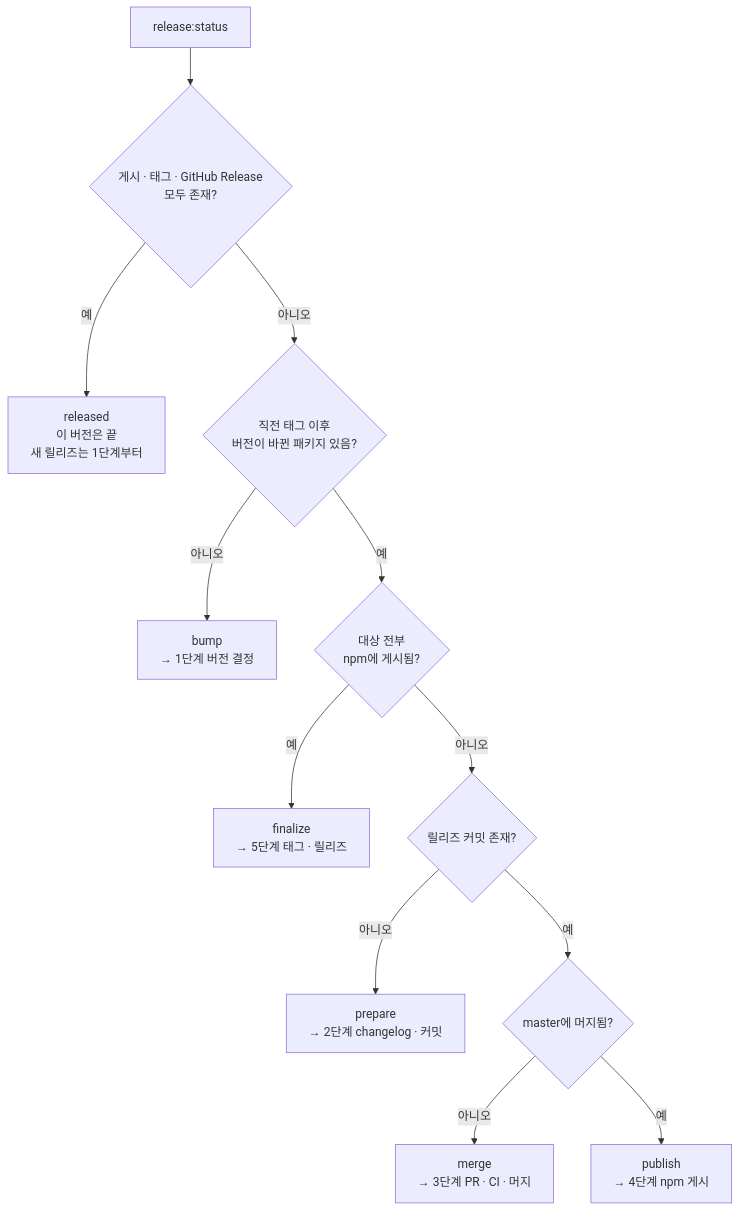
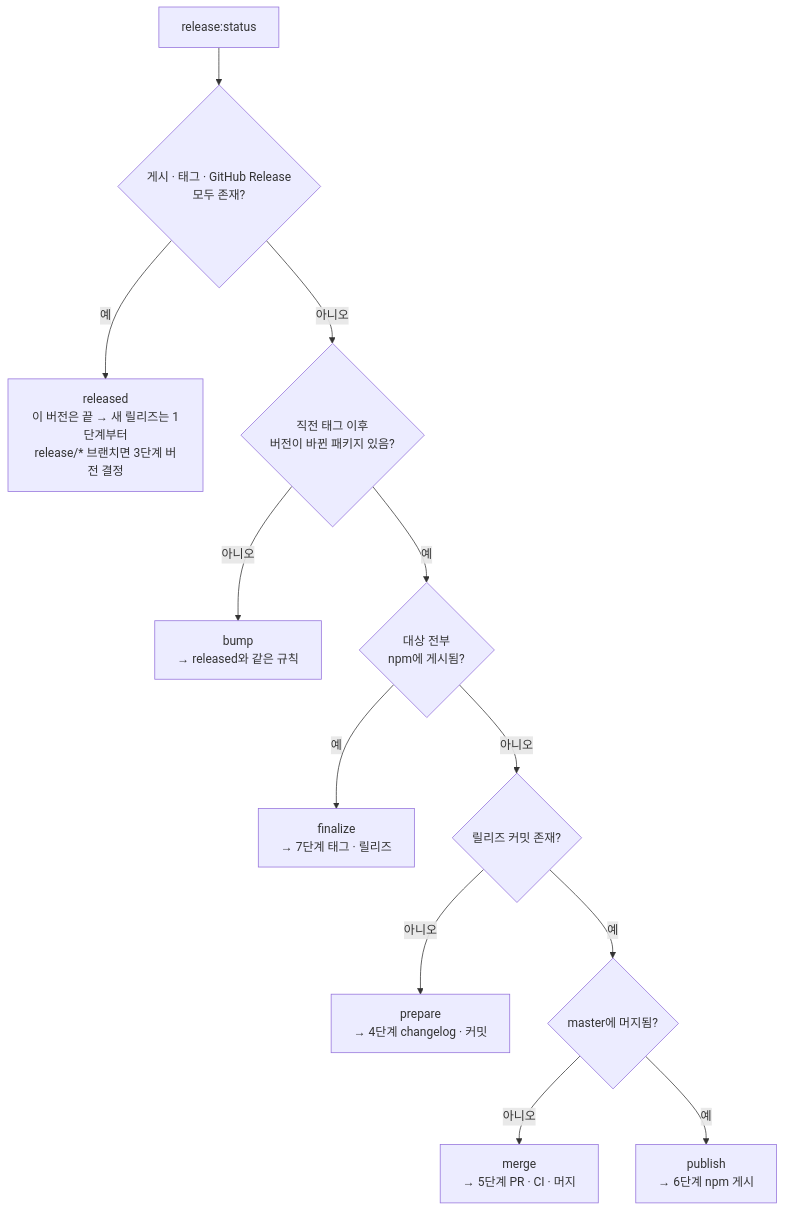
The second of 2 diagrams in dev-guide/PUBLISH_GUIDE.md (naver/egjs-flicking), drawn with Mermaid before and after one commit. The commit also changed other lines of this file and 3 other files, not shown here.

First line of the commit message:
fix(release): PR 취합을 버전 결정·prepare 앞으로 이동

````diff
--- a/dev-guide/PUBLISH_GUIDE.md
+++ b/dev-guide/PUBLISH_GUIDE.md
@@ -153,14 +165,14 @@
 ```mermaid
 flowchart TD
     ST["release:status"] --> A{"게시 · 태그 · GitHub Release<br/>모두 존재?"}
-    A -->|예| R1["released<br/>이 버전은 끝<br/>새 릴리즈는 1단계부터"]
+    A -->|예| R1["released<br/>이 버전은 끝 → 새 릴리즈는 1단계부터<br/>release/* 브랜치면 3단계 버전 결정"]
     A -->|아니오| B{"직전 태그 이후<br/>버전이 바뀐 패키지 있음?"}
-    B -->|아니오| R2["bump<br/>→ 1단계 버전 결정"]
+    B -->|아니오| R2["bump<br/>→ released와 같은 규칙"]
     B -->|예| C{"대상 전부<br/>npm에 게시됨?"}
-    C -->|예| R3["finalize<br/>→ 5단계 태그 · 릴리즈"]
+    C -->|예| R3["finalize<br/>→ 7단계 태그 · 릴리즈"]
     C -->|아니오| D{"릴리즈 커밋 존재?"}
-    D -->|아니오| R4["prepare<br/>→ 2단계 changelog · 커밋"]
+    D -->|아니오| R4["prepare<br/>→ 4단계 changelog · 커밋"]
     D -->|예| E{"master에 머지됨?"}
-    E -->|아니오| R5["merge<br/>→ 3단계 PR · CI · 머지"]
-    E -->|예| R6["publish<br/>→ 4단계 npm 게시"]
+    E -->|아니오| R5["merge<br/>→ 5단계 PR · CI · 머지"]
+    E -->|예| R6["publish<br/>→ 6단계 npm 게시"]
 ```
````
